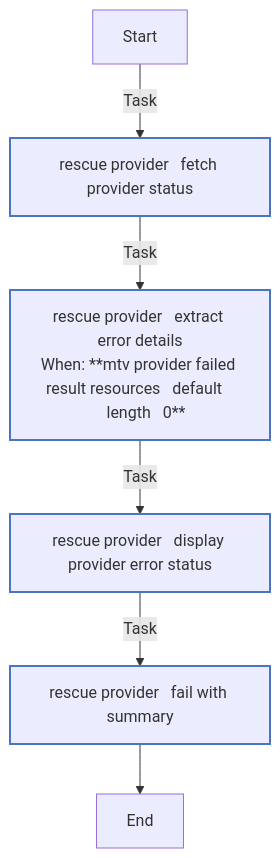
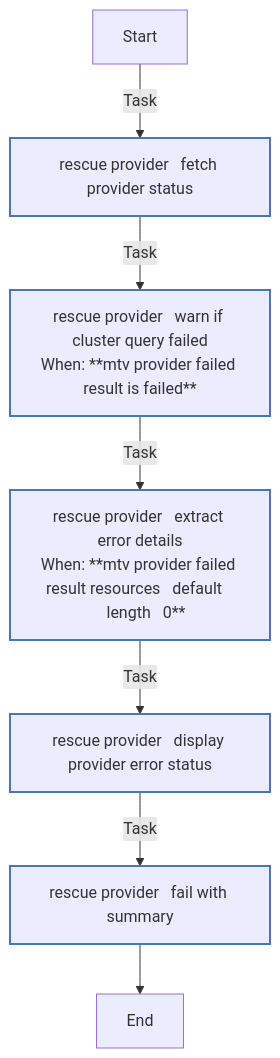
One commit to redhat-cop/openshift_virtualization_migration changed the third of 4 diagrams in roles/mtv_provider/README.md. Above: the diagram before and after it, drawn with Mermaid. The commit also changed other lines of this file and 6 other files, not shown here.

````diff
--- a/roles/mtv_provider/README.md
+++ b/roles/mtv_provider/README.md
@@ -231,18 +234,19 @@
 ```mermaid
 flowchart TD
 Start
 classDef block stroke:#3498db,stroke-width:2px;
 classDef task stroke:#4b76bb,stroke-width:2px;
 classDef includeTasks stroke:#16a085,stroke-width:2px;
 classDef importTasks stroke:#34495e,stroke-width:2px;
 classDef includeRole stroke:#2980b9,stroke-width:2px;
 classDef importRole stroke:#699ba7,stroke-width:2px;
 classDef includeVars stroke:#8e44ad,stroke-width:2px;
 classDef rescue stroke:#665352,stroke-width:2px;
 
   Start-->|Task| rescue_provider___Fetch_provider_status0[rescue provider   fetch provider status]:::task
-  rescue_provider___Fetch_provider_status0-->|Task| rescue_provider___Extract_error_details1[rescue provider   extract error details<br>When: **mtv provider failed result resources   default   <br>   length   0**]:::task
-  rescue_provider___Extract_error_details1-->|Task| rescue_provider___Display_provider_error_status2[rescue provider   display provider error status]:::task
-  rescue_provider___Display_provider_error_status2-->|Task| rescue_provider___Fail_with_summary3[rescue provider   fail with summary]:::task
-  rescue_provider___Fail_with_summary3-->End
+  rescue_provider___Fetch_provider_status0-->|Task| rescue_provider___Warn_if_cluster_query_failed1[rescue provider   warn if cluster query failed<br>When: **mtv provider failed result is failed**]:::task
+  rescue_provider___Warn_if_cluster_query_failed1-->|Task| rescue_provider___Extract_error_details2[rescue provider   extract error details<br>When: **mtv provider failed result resources   default   <br>   length   0**]:::task
+  rescue_provider___Extract_error_details2-->|Task| rescue_provider___Display_provider_error_status3[rescue provider   display provider error status]:::task
+  rescue_provider___Display_provider_error_status3-->|Task| rescue_provider___Fail_with_summary4[rescue provider   fail with summary]:::task
+  rescue_provider___Fail_with_summary4-->End
 ```
````
